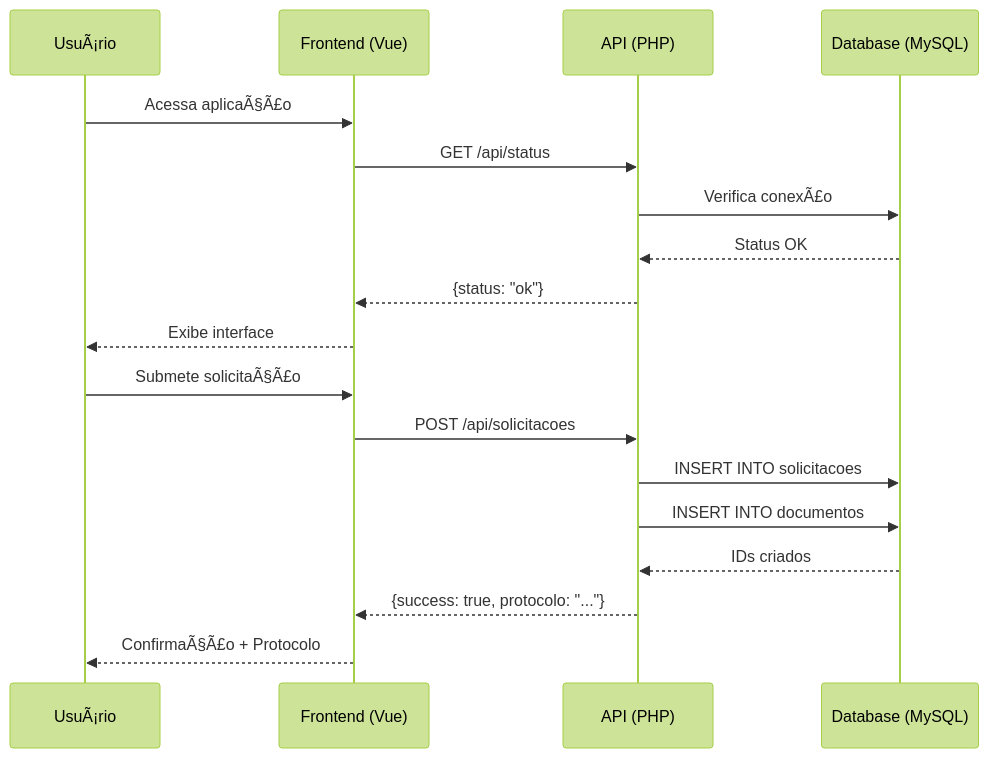
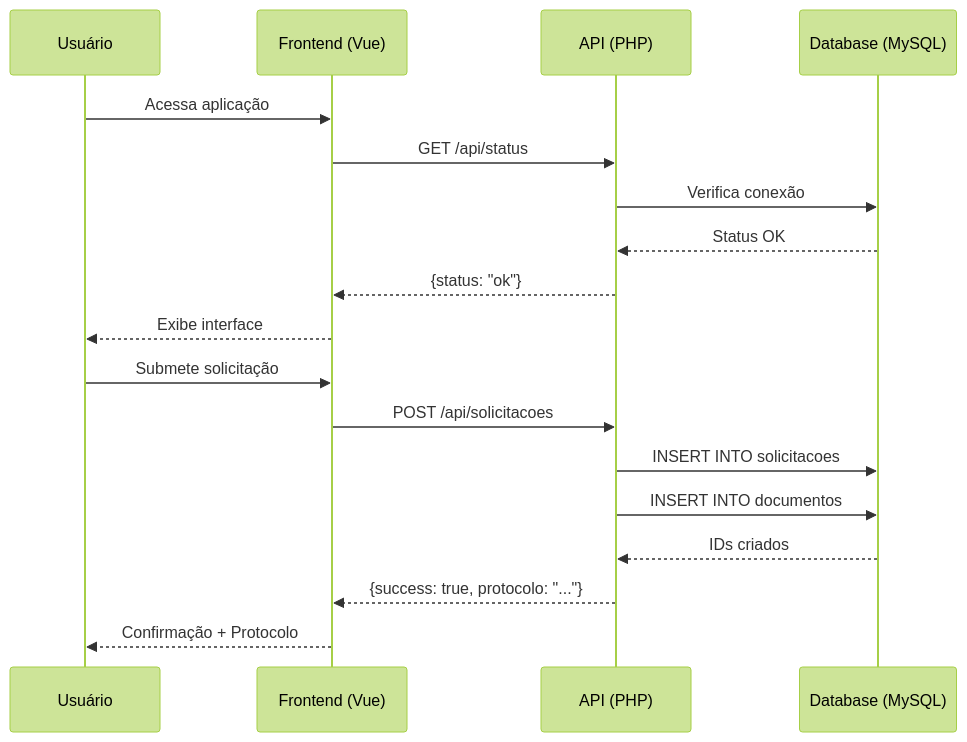
One commit to vhpontes/portal-inclusao-showcase changed the fifth of 5 diagrams in docs/architecture/overview.md. Above: the diagram before and after it, drawn with Mermaid (forest theme). The commit also changed other lines of this file and 17 other files, not shown here.

````diff
--- a/docs/architecture/overview.md
+++ b/docs/architecture/overview.md
@@ -147,22 +147,22 @@
 ```mermaid
 sequenceDiagram
-    participant U as UsuÃ¡rio
+    participant U as Usuário
     participant F as Frontend (Vue)
     participant A as API (PHP)
     participant D as Database (MySQL)
     
-    U->>F: Acessa aplicaÃ§Ã£o
+    U->>F: Acessa aplicação
     F->>A: GET /api/status
-    A->>D: Verifica conexÃ£o
+    A->>D: Verifica conexão
     D-->>A: Status OK
     A-->>F: {status: "ok"}
     F-->>U: Exibe interface
     
-    U->>F: Submete solicitaÃ§Ã£o
+    U->>F: Submete solicitação
     F->>A: POST /api/solicitacoes
     A->>D: INSERT INTO solicitacoes
     A->>D: INSERT INTO documentos
     D-->>A: IDs criados
     A-->>F: {success: true, protocolo: "..."}
-    F-->>U: ConfirmaÃ§Ã£o + Protocolo
+    F-->>U: Confirmação + Protocolo
 ```
````
